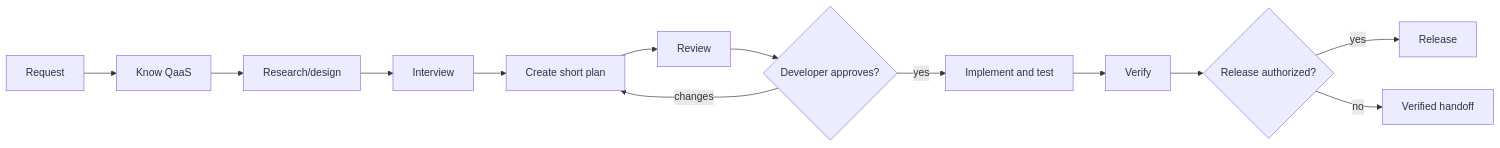
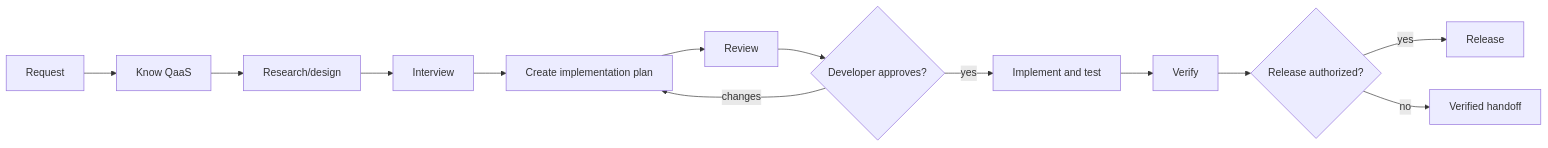
One commit to TheSmokeTeam/qaas-dev-claude-plugins changed the diagram in README.md. Above: the diagram before and after it, drawn with Mermaid. The commit also changed other lines of this file and 13 other files, not shown here.

````diff
--- a/README.md
+++ b/README.md
@@ -14,15 +14,15 @@
 ```mermaid
 flowchart LR
     A["Request"] --> B["Know QaaS"]
     B --> C["Research/design"]
     C --> D["Interview"]
-    D --> E["Create short plan"]
+    D --> E["Create implementation plan"]
     E --> F["Review"]
     F --> G{"Developer approves?"}
     G -- "changes" --> E
     G -- "yes" --> H["Implement and test"]
     H --> I["Verify"]
     I --> J{"Release authorized?"}
     J -- "yes" --> K["Release"]
     J -- "no" --> L["Verified handoff"]
 ```
````
